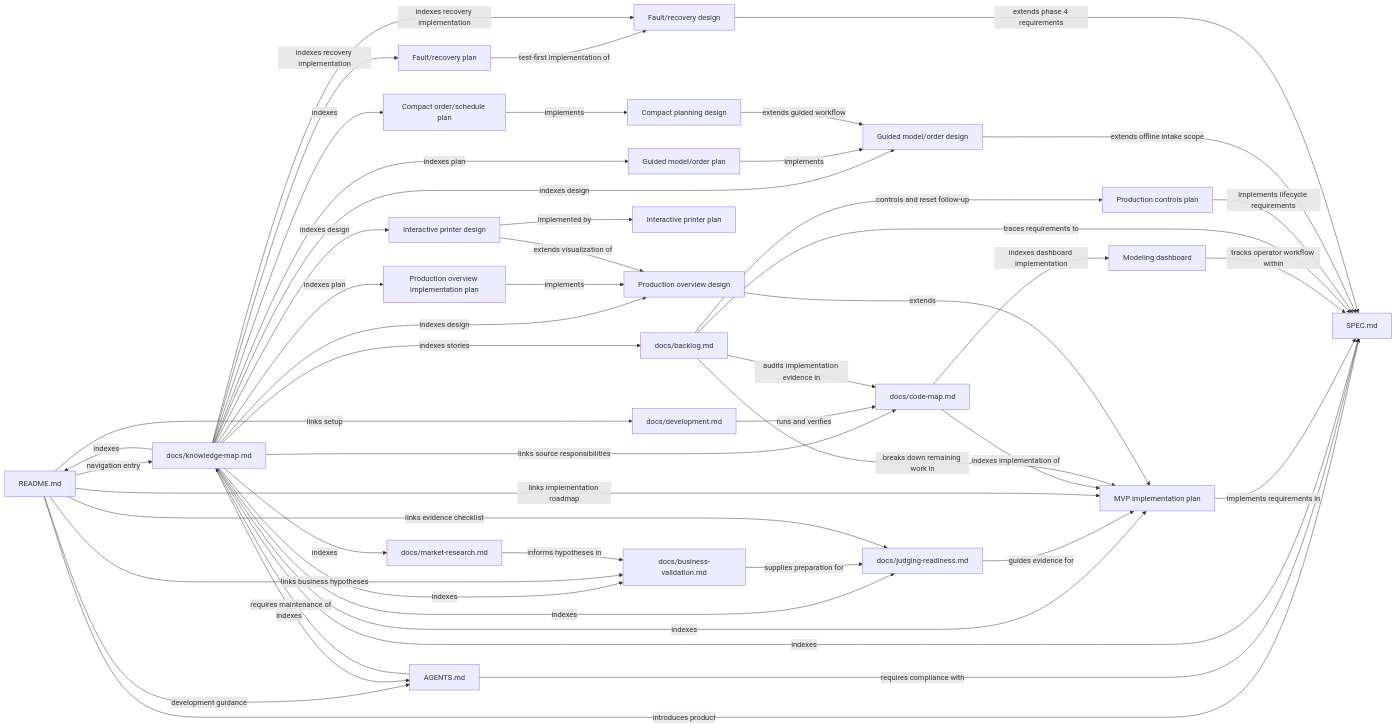
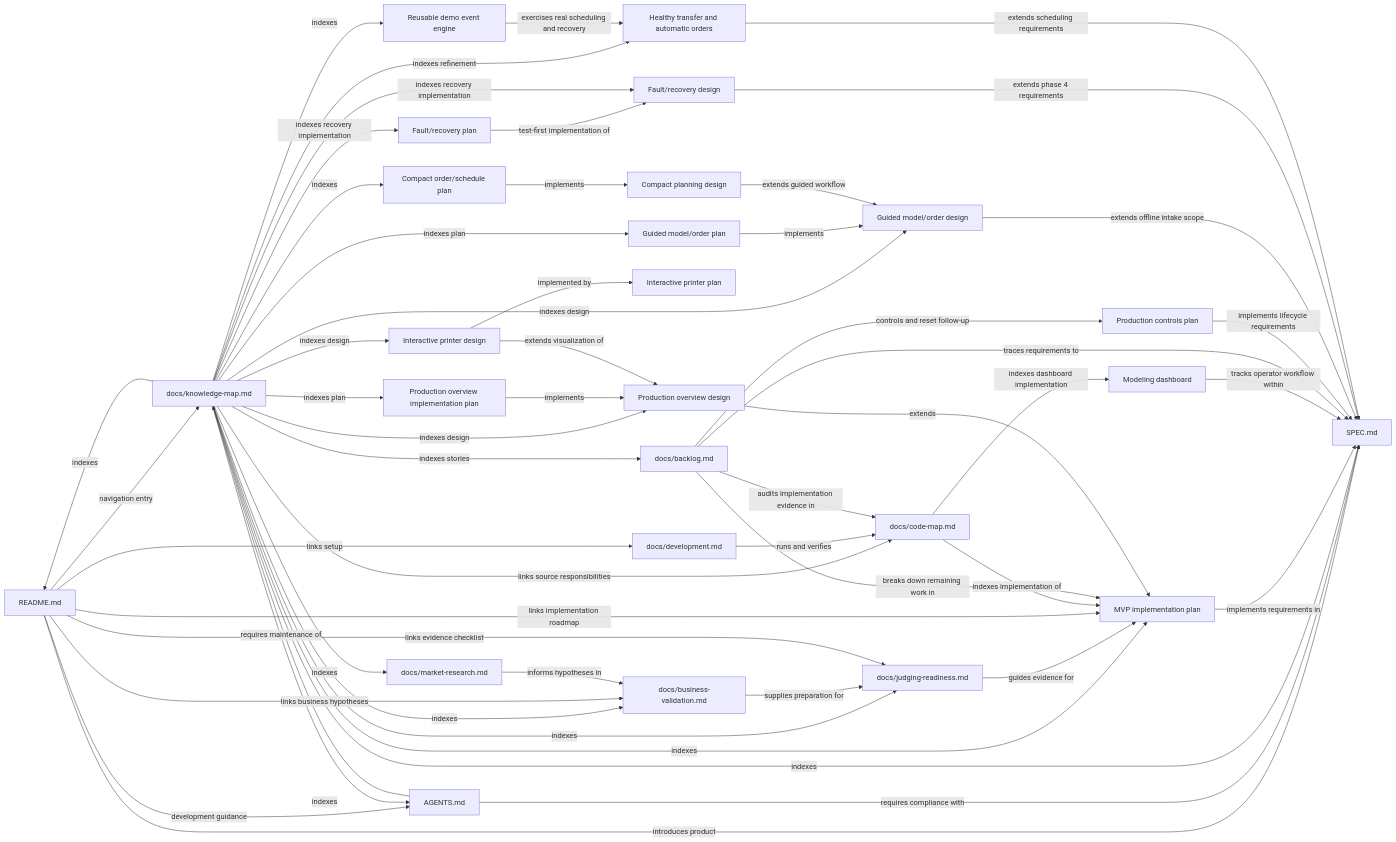
Before and after one commit to DuztyMusketear/Print_Assist: the diagram in docs/knowledge-map.md, drawn with Mermaid. The commit also changed other lines of this file and 72 other files, not shown here.

````diff
--- a/docs/knowledge-map.md
+++ b/docs/knowledge-map.md
@@ -11,52 +11,56 @@
 ```mermaid
 graph LR
     README["README.md"] -->|introduces product| SPEC["SPEC.md"]
     README -->|navigation entry| MAP["docs/knowledge-map.md"]
     README -->|development guidance| RULES["AGENTS.md"]
     RULES -->|requires compliance with| SPEC
     RULES -->|requires maintenance of| MAP
     MAP -->|indexes| README
     MAP -->|indexes| SPEC
     MAP -->|indexes| RULES
     PLAN["MVP implementation plan"] -->|implements requirements in| SPEC
     MAP -->|indexes| PLAN
     JUDGING["docs/judging-readiness.md"] -->|guides evidence for| PLAN
     MAP -->|indexes| JUDGING
     BUSINESS["docs/business-validation.md"] -->|supplies preparation for| JUDGING
     MAP -->|indexes| BUSINESS
     README -->|links implementation roadmap| PLAN
     README -->|links evidence checklist| JUDGING
     README -->|links business hypotheses| BUSINESS
     RESEARCH["docs/market-research.md"] -->|informs hypotheses in| BUSINESS
     MAP -->|indexes| RESEARCH
     CODE["docs/code-map.md"] -->|indexes implementation of| PLAN
     DASH["Modeling dashboard"] -->|tracks operator workflow within| SPEC
     CODE -->|indexes dashboard implementation| DASH
     MAP -->|links source responsibilities| CODE
     DEV["docs/development.md"] -->|runs and verifies| CODE
     README -->|links setup| DEV
     BACKLOG["docs/backlog.md"] -->|breaks down remaining work in| PLAN
     MAP -->|indexes stories| BACKLOG
     BACKLOG -->|traces requirements to| SPEC
     BACKLOG -->|audits implementation evidence in| CODE
     DESIGN["Production overview design"] -->|extends| PLAN
     MAP -->|indexes design| DESIGN
     OVERVIEWPLAN["Production overview implementation plan"] -->|implements| DESIGN
     MAP -->|indexes plan| OVERVIEWPLAN
     PRINTER3D["Interactive printer design"] -->|extends visualization of| DESIGN
     MAP -->|indexes design| PRINTER3D
     PRINTER3D -->|implemented by| VIEW3D["Interactive printer plan"]
     BACKLOG -->|controls and reset follow-up| CONTROLS["Production controls plan"]
     CONTROLS -->|implements lifecycle requirements| SPEC
     WORKFLOW["Guided model/order design"] -->|extends offline intake scope| SPEC
     MAP -->|indexes design| WORKFLOW
     GUIDEDPLAN["Guided model/order plan"] -->|implements| WORKFLOW
     MAP -->|indexes plan| GUIDEDPLAN
     COMPACTPLAN["Compact order/schedule plan"] -->|implements| COMPACTDESIGN["Compact planning design"]
     MAP -->|indexes| COMPACTPLAN
     COMPACTDESIGN -->|extends guided workflow| WORKFLOW
     FAULTDESIGN["Fault/recovery design"] -->|extends phase 4 requirements| SPEC
     FAULTPLAN["Fault/recovery plan"] -->|test-first implementation of| FAULTDESIGN
     MAP -->|indexes recovery implementation| FAULTDESIGN
     MAP -->|indexes recovery implementation| FAULTPLAN
+    TRANSFER["Healthy transfer and automatic orders"] -->|extends scheduling requirements| SPEC
+    MAP -->|indexes refinement| TRANSFER
+    DEMOEVENTS["Reusable demo event engine"] -->|exercises real scheduling and recovery| TRANSFER
+    MAP -->|indexes| DEMOEVENTS
 ```
````
